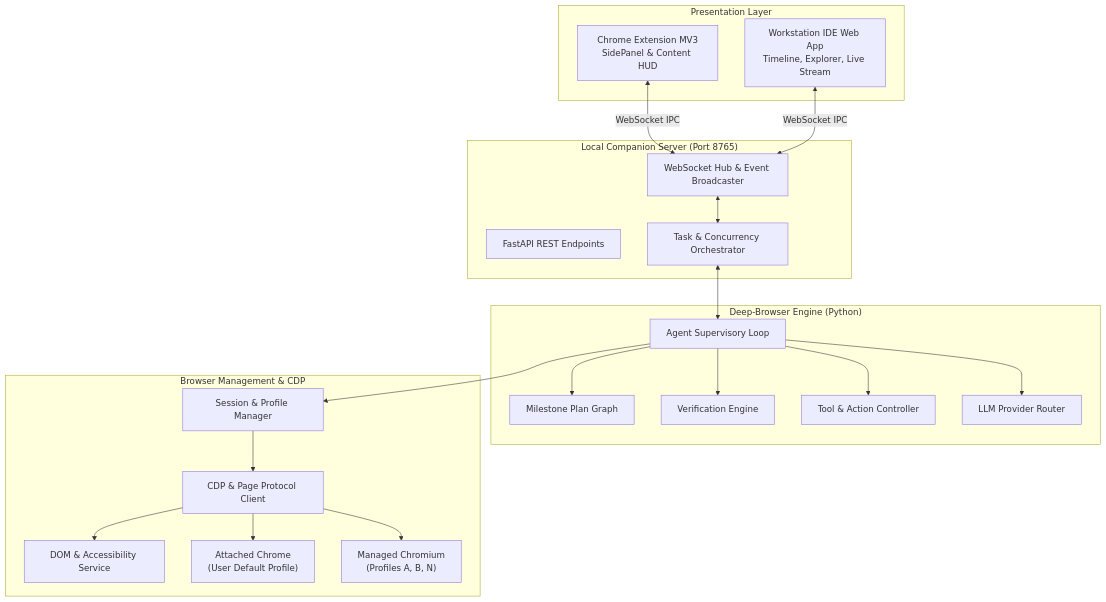
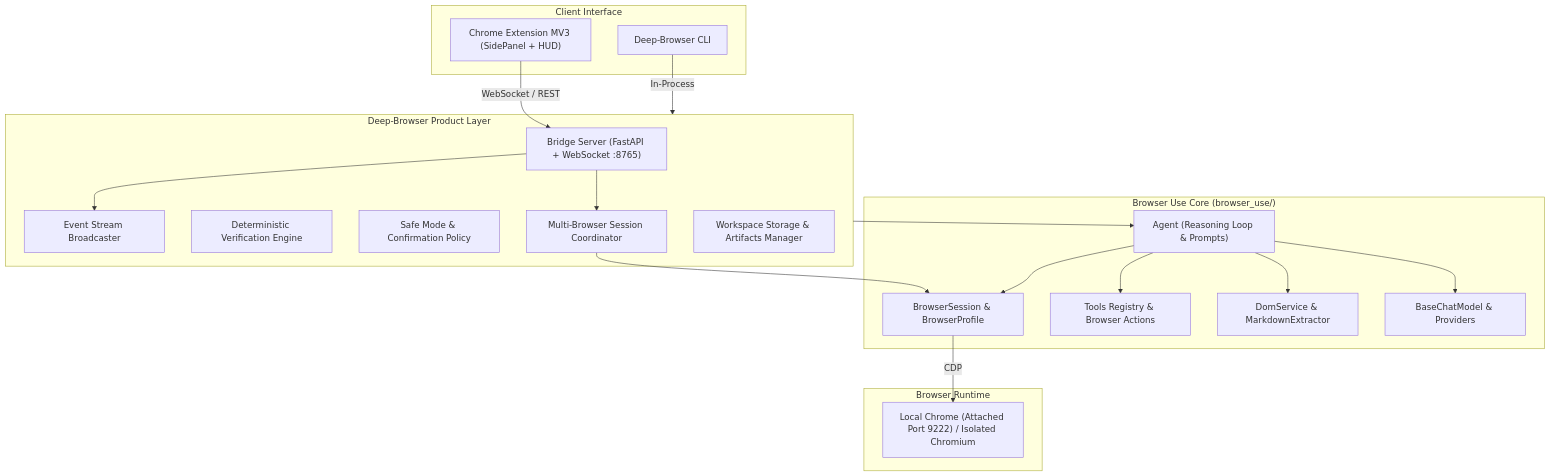
One commit to Fadhlijeu/deep-browser changed the diagram in docs/02_ARCHITECTURE.md. Above: the diagram before and after it, drawn with Mermaid. The commit also changed other lines of this file and 3 other files, not shown here.

Commit message:
docs: complete workspace strategy audit and update architectural boundary documentation

````diff
--- a/docs/02_ARCHITECTURE.md
+++ b/docs/02_ARCHITECTURE.md
@@ -7,43 +9,40 @@
 ```mermaid
-graph TB
-    subgraph Clients ["Presentation Layer"]
-        Ext["Chrome Extension MV3<br/>SidePanel & Content HUD"]
-        WebUI["Workstation IDE Web App<br/>Timeline, Explorer, Live Stream"]
+graph TD
+    subgraph Client ["Client Interface"]
+        Ext["Chrome Extension MV3 (SidePanel + HUD)"]
+        CLI["Deep-Browser CLI"]
     end
 
-    subgraph Companion ["Local Companion Server (Port 8765)"]
-        FastAPI["FastAPI REST Endpoints"]
-        WSServer["WebSocket Hub & Event Broadcaster"]
-        TaskOrch["Task & Concurrency Orchestrator"]
+    subgraph ProductLayer ["Deep-Browser Product Layer"]
+        Bridge["Bridge Server (FastAPI + WebSocket :8765)"]
+        Events["Event Stream Broadcaster"]
+        Verif["Deterministic Verification Engine"]
+        Safe["Safe Mode & Confirmation Policy"]
+        Coord["Multi-Browser Session Coordinator"]
+        Workspace["Workspace Storage & Artifacts Manager"]
     end
 
-    subgraph Engine ["Deep-Browser Engine (Python)"]
-        AgentCore["Agent Supervisory Loop"]
-        PlanGraph["Milestone Plan Graph"]
-        VerifyEngine["Verification Engine"]
-        ToolCtrl["Tool & Action Controller"]
-        ModelRouter["LLM Provider Router"]
+    subgraph Core ["Browser Use Core (browser_use/)"]
+        Agent["Agent (Reasoning Loop & Prompts)"]
+        BS["BrowserSession & BrowserProfile"]
+        Tools["Tools Registry & Browser Actions"]
+        DOM["DomService & MarkdownExtractor"]
+        LLM["BaseChatModel & Providers"]
     end
 
-    subgraph BrowserLayer ["Browser Management & CDP"]
-        SessionMgr["Session & Profile Manager"]
-        CDPClient["CDP & Page Protocol Client"]
-        DOMExtractor["DOM & Accessibility Service"]
-        Attached["Attached Chrome<br/>(User Default Profile)"]
-        Managed["Managed Chromium<br/>(Profiles A, B, N)"]
+    subgraph BrowserRuntime ["Browser Runtime"]
+        Chrome["Local Chrome (Attached Port 9222) / Isolated Chromium"]
     end
 
-    Ext <-->|WebSocket IPC| WSServer
-    WebUI <-->|WebSocket IPC| WSServer
-    WSServer <--> TaskOrch
-    TaskOrch <--> AgentCore
-    AgentCore --> PlanGraph
-    AgentCore --> VerifyEngine
-    AgentCore --> ToolCtrl
-    AgentCore --> ModelRouter
-    AgentCore --> SessionMgr
-    SessionMgr --> CDPClient
-    CDPClient --> DOMExtractor
-    CDPClient --> Attached
-    CDPClient --> Managed
+    Ext -->|WebSocket / REST| Bridge
+    CLI -->|In-Process| ProductLayer
+    Bridge --> Events
+    Bridge --> Coord
+    Coord --> BS
+    ProductLayer --> Agent
+    Agent --> BS
+    Agent --> Tools
+    Agent --> DOM
+    Agent --> LLM
+    BS -->|CDP| Chrome
 ```
````
